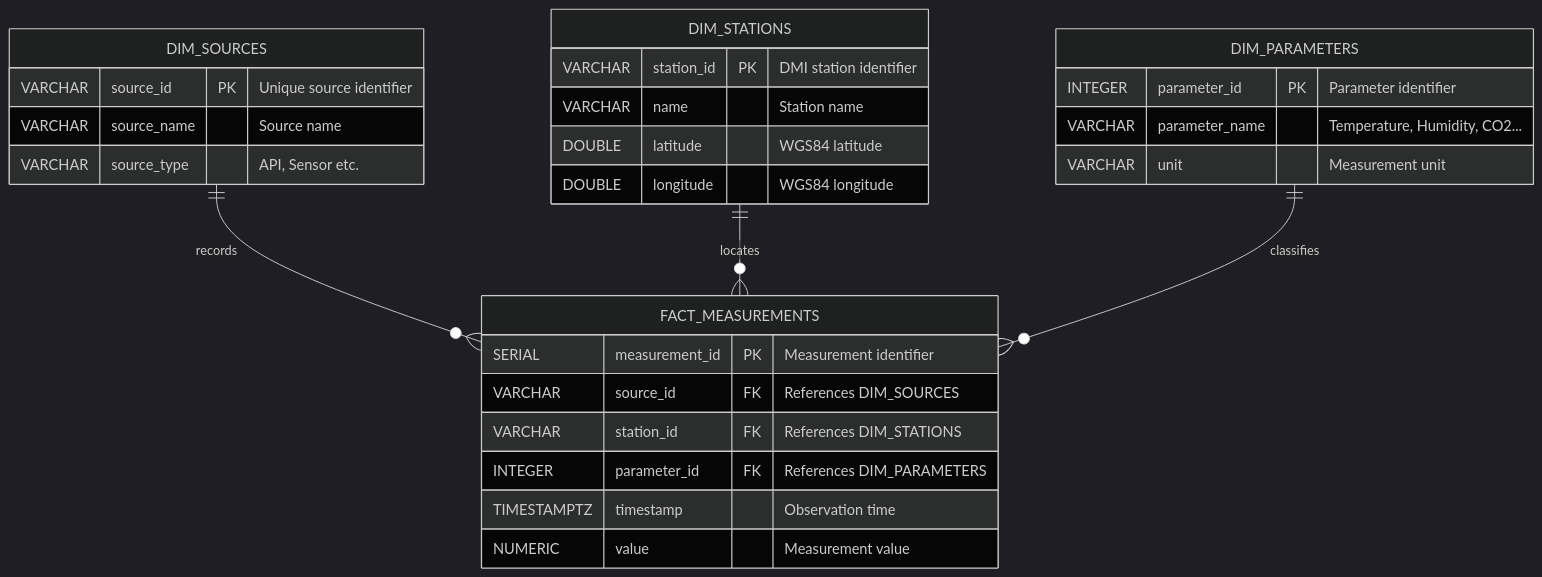
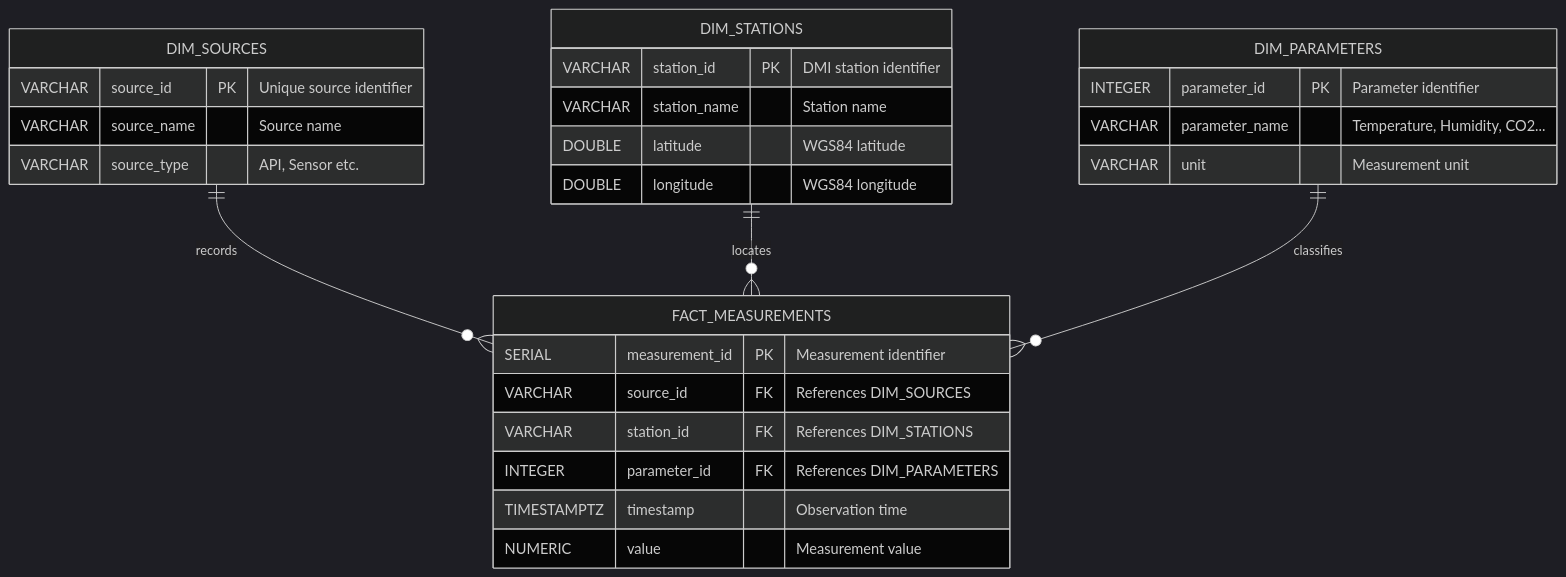
The fourth of 4 diagrams in README.md (mielouise/environment_data_project), drawn with Mermaid (dark theme) before and after one commit. The commit also changed 4 other files, not shown here.

````diff
--- a/README.md
+++ b/README.md
@@ -614,34 +614,34 @@
 ```mermaid
 erDiagram
     DIM_SOURCES ||--o{ FACT_MEASUREMENTS : records
     DIM_STATIONS ||--o{ FACT_MEASUREMENTS : locates
     DIM_PARAMETERS ||--o{ FACT_MEASUREMENTS : classifies
 
     DIM_SOURCES {
         VARCHAR source_id PK "Unique source identifier"
         VARCHAR source_name "Source name"
         VARCHAR source_type "API, Sensor etc."
     }
 
     DIM_PARAMETERS {
         INTEGER parameter_id PK "Parameter identifier"
         VARCHAR parameter_name "Temperature, Humidity, CO2..."
         VARCHAR unit "Measurement unit"
     }
 
     DIM_STATIONS {
         VARCHAR station_id PK "DMI station identifier"
-        VARCHAR name "Station name"
+        VARCHAR station_name "Station name"
         DOUBLE latitude "WGS84 latitude"
         DOUBLE longitude "WGS84 longitude"
     }
 
     FACT_MEASUREMENTS {
         SERIAL measurement_id PK "Measurement identifier"
         VARCHAR source_id FK "References DIM_SOURCES"
         VARCHAR station_id FK "References DIM_STATIONS"
         INTEGER parameter_id FK "References DIM_PARAMETERS"
         TIMESTAMPTZ timestamp "Observation time"
         NUMERIC value "Measurement value"
     }
 ```
````
